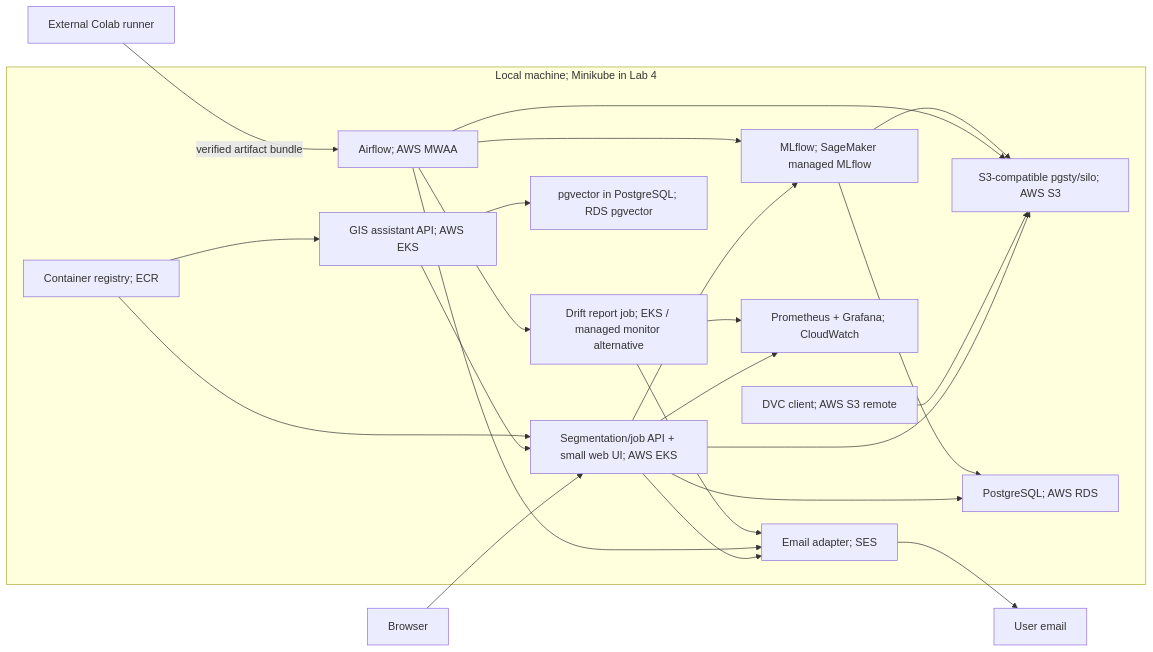
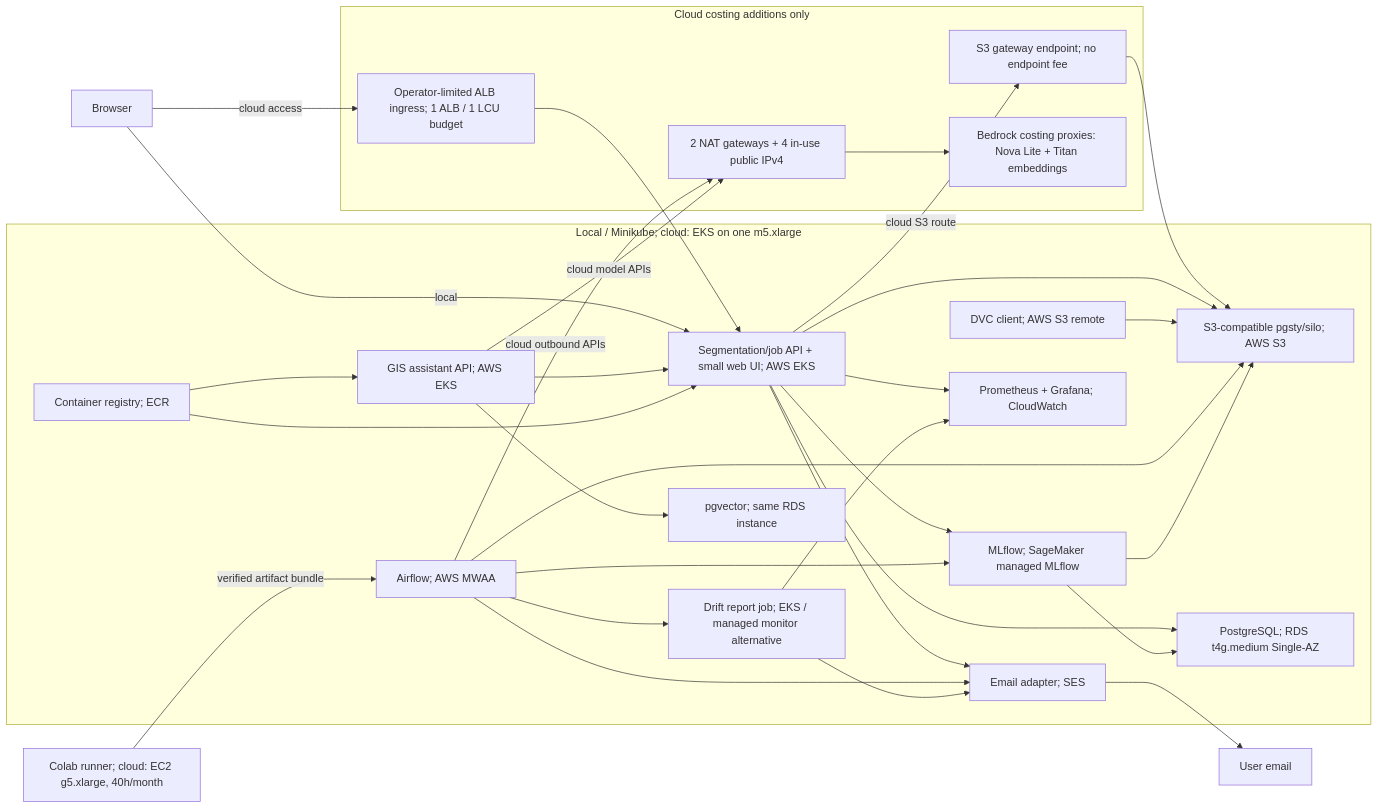
Before and after one commit to zakhar-guzii/kse-mlops-project: the third of 3 diagrams in docs/design.md, drawn with Mermaid. The commit also changed other lines of this file and 5 other files, not shown here.

Commit message:
document verified AWS cloud estimate and ignore Ruff cache

````diff
--- a/docs/design.md
+++ b/docs/design.md
@@ -181,38 +181,51 @@
 ```mermaid
 flowchart LR
-    B["Browser"] --> S
-    subgraph LOCAL["Local machine; Minikube in Lab 4"]
+    B["Browser"] -->|"local"| S
+    subgraph LOCAL["Local / Minikube; cloud: EKS on one m5.xlarge"]
       S["Segmentation/job API + small web UI; AWS EKS"]
       G["GIS assistant API; AWS EKS"]
       O["S3-compatible pgsty/silo; AWS S3"]
       D["DVC client; AWS S3 remote"]
       A["Airflow; AWS MWAA"]
-      P["PostgreSQL; AWS RDS"]
+      P["PostgreSQL; RDS t4g.medium Single-AZ"]
       R["MLflow; SageMaker managed MLflow"]
       E["Drift report job; EKS / managed monitor alternative"]
       M["Prometheus + Grafana; CloudWatch"]
-      VEC["pgvector in PostgreSQL; RDS pgvector"]
+      VEC["pgvector; same RDS instance"]
       IMG["Container registry; ECR"]
       MAIL["Email adapter; SES"]
     end
+    subgraph CLOUD["Cloud costing additions only"]
+      ALB["Operator-limited ALB ingress; 1 ALB / 1 LCU budget"]
+      NET["2 NAT gateways + 4 in-use public IPv4"]
+      EP["S3 gateway endpoint; no endpoint fee"]
+      LLM["Bedrock costing proxies: Nova Lite + Titan embeddings"]
+    end
+    B -->|"cloud access"| ALB
+    ALB --> S
+    A -->|"cloud outbound APIs"| NET
+    G -->|"cloud model APIs"| NET
+    NET --> LLM
+    S -->|"cloud S3 route"| EP
+    EP --> O
     S --> O
     S --> P
     S --> R
     S --> M
     S --> MAIL
     G --> S
     G --> VEC
     D --> O
     A --> O
     A --> R
     A --> E
     A --> MAIL
     R --> P
     R --> O
     E --> M
     E --> MAIL
     MAIL --> U["User email"]
     IMG --> S
     IMG --> G
-    C["External Colab runner"] -->|"verified artifact bundle"| A
+    C["Colab runner; cloud: EC2 g5.xlarge, 40h/month"] -->|"verified artifact bundle"| A
 ```
````
